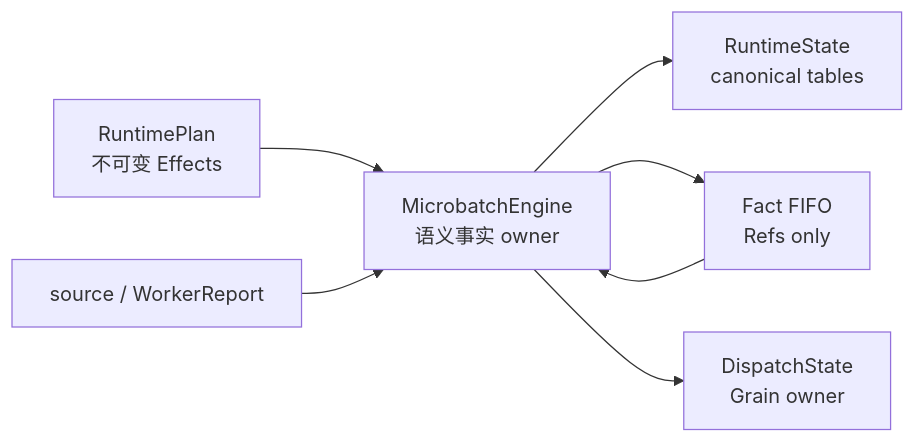
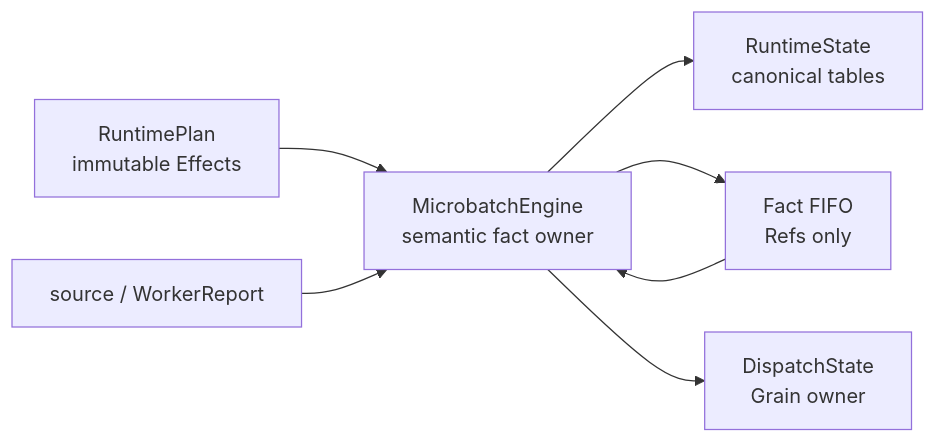
The first of 4 diagrams in docs/multigrain_v3_6_walkthrough/03_runtime_engine.md (OpenDCAI/RayOrch), drawn with Mermaid before and after one commit. The commit also changed other lines of this file and 31 other files, not shown here.

Commit message:
docs(v3.6): publish bilingual architecture guides

````diff
--- a/docs/multigrain_v3_6_walkthrough/03_runtime_engine.md
+++ b/docs/multigrain_v3_6_walkthrough/03_runtime_engine.md
@@ -39,16 +66,16 @@
 ```mermaid
 flowchart LR
-    Plan["RuntimePlan<br/>不可变 Effects"]
+    Plan["RuntimePlan<br/>immutable Effects"]
     Inputs["source / WorkerReport"]
-    Engine["MicrobatchEngine<br/>语义事实 owner"]
+    Engine["MicrobatchEngine<br/>semantic fact owner"]
     State["RuntimeState<br/>canonical tables"]
     Facts["Fact FIFO<br/>Refs only"]
     Dispatch["DispatchState<br/>Grain owner"]
 
     Plan --> Engine
     Inputs --> Engine
     Engine --> State
     Engine --> Facts
     Facts --> Engine
     Engine --> Dispatch
 ```
````
